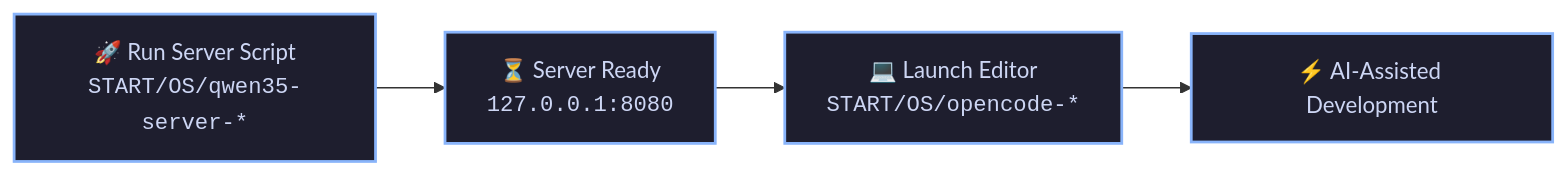
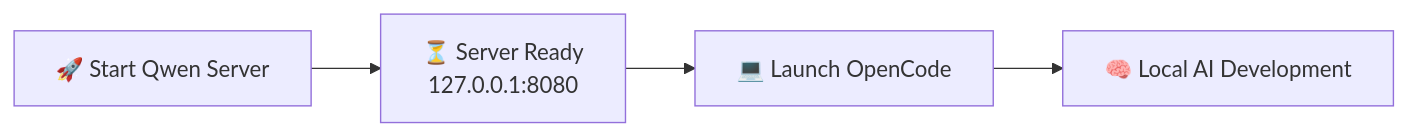
Before and after one commit to AJGyro/Pocket-AI: the fifth of 9 diagrams in README.md, drawn with Mermaid. The commit also changed other lines of this file, not shown here.

````diff
--- a/README.md
+++ b/README.md
@@ -169,9 +650,12 @@
 ```mermaid
 graph LR
-    Step1["🚀 Run Server Script<br/><code>START/OS/qwen35-server-*</code>"] --> Step2["⏳ Server Ready<br/><code>127.0.0.1:8080</code>"]
-    Step2 --> Step3["💻 Launch Editor<br/><code>START/OS/opencode-*</code>"]
-    Step3 --> Step4["⚡ AI-Assisted Development"]
 
-    classDef flowStyle fill:#1e1e2e,stroke:#89b4fa,stroke-width:2px,color:#cdd6f4;
-    class Step1,Step2,Step3,Step4 flowStyle;
+    Step1["🚀 Start Qwen Server"]
+    Step2["⏳ Server Ready<br/>127.0.0.1:8080"]
+    Step3["💻 Launch OpenCode"]
+    Step4["🧠 Local AI Development"]
+
+    Step1 --> Step2
+    Step2 --> Step3
+    Step3 --> Step4
 ```
````
